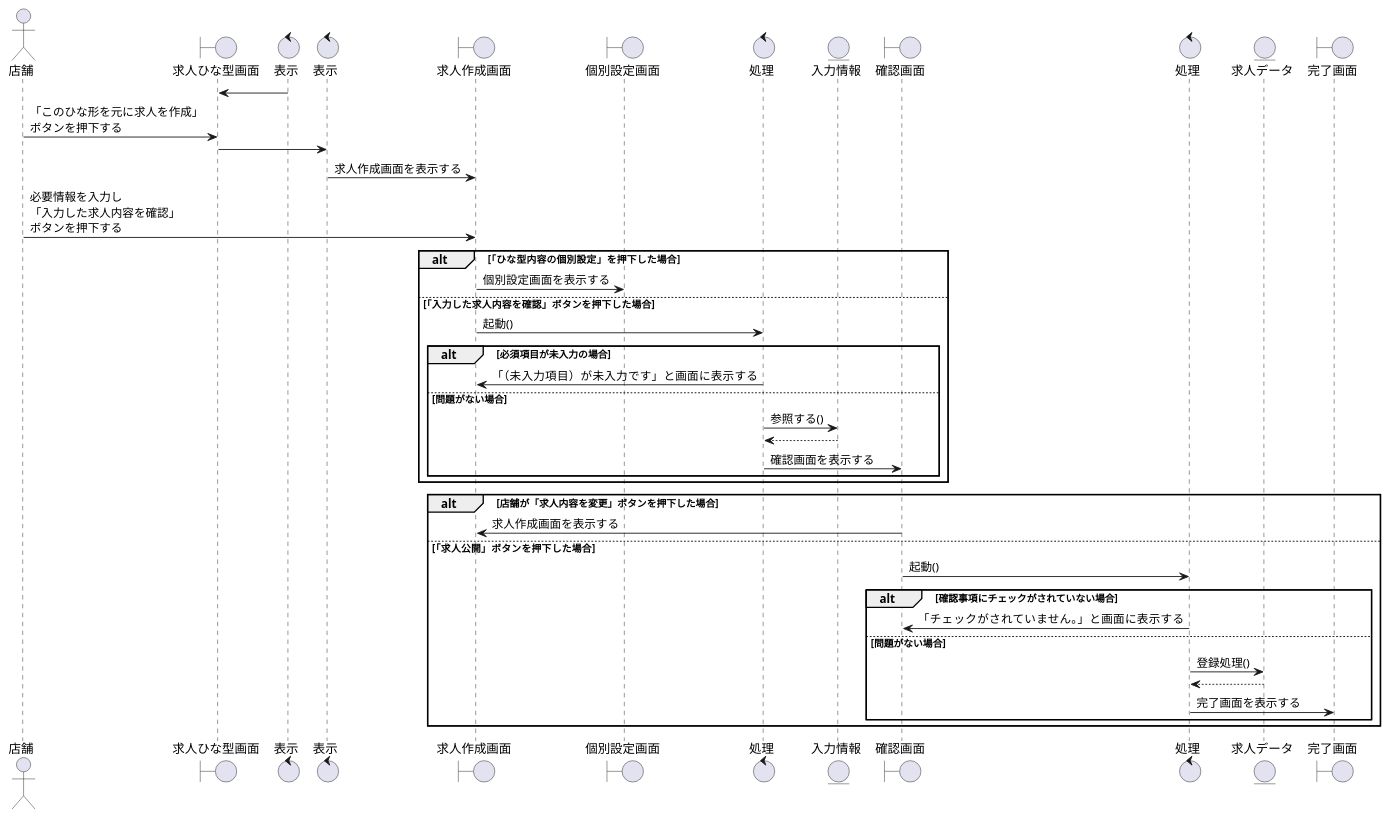
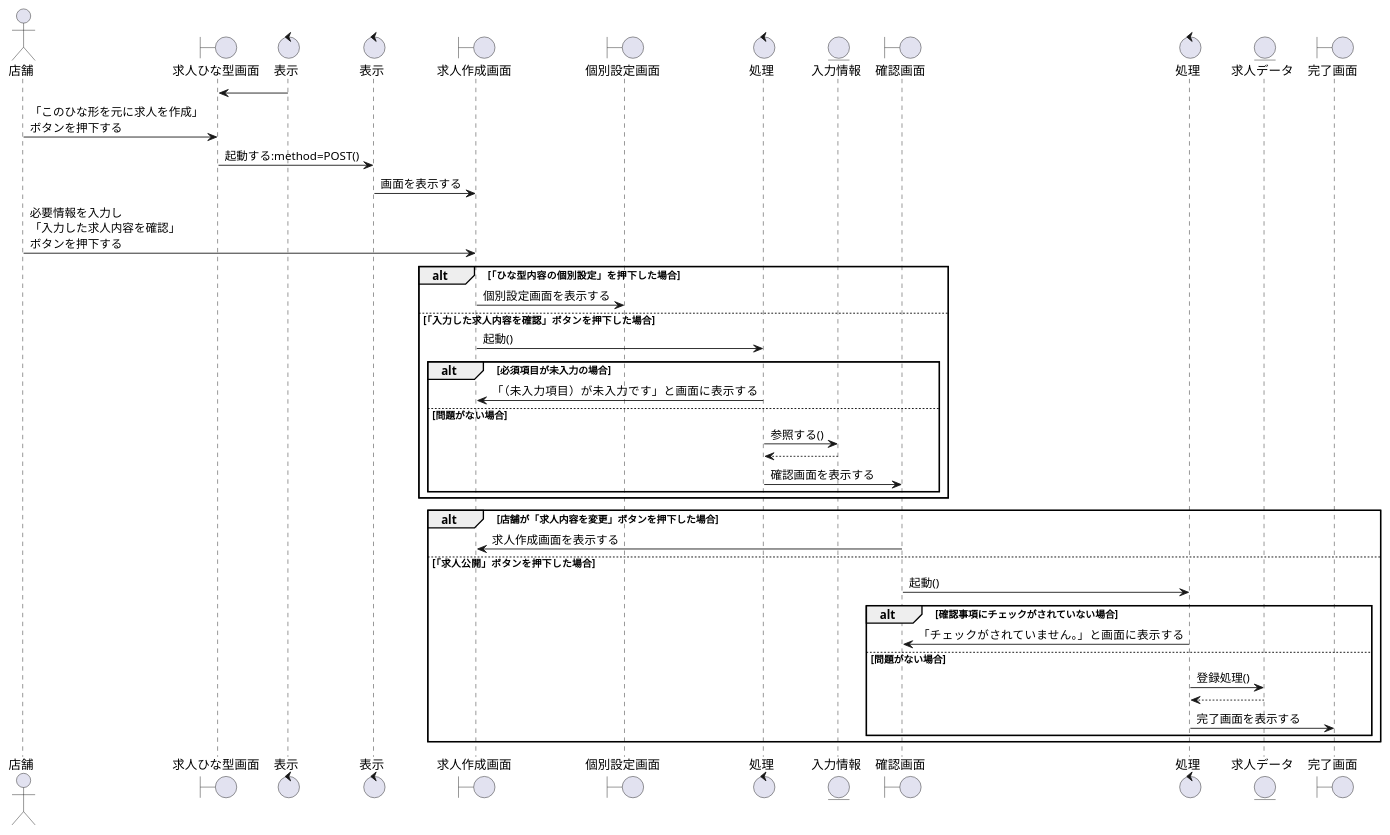
Before and after one commit to irukacb256/high_Me: the diagram in sequence_fig/8_storeside_fn/01_求人の掲載をする.pu, drawn with PlantUML. The commit also changed 11 other files, not shown here.

```diff
--- a/sequence_fig/8_storeside_fn/01_求人の掲載をする.pu
+++ b/sequence_fig/8_storeside_fn/01_求人の掲載をする.pu
@@ -1,52 +1,53 @@
 @startuml 求人の掲載をする
 
 actor 店舗 as cp1
 boundary 求人ひな型画面 as b1
 control 表示 as co1
 control 表示 as co2
 boundary 求人作成画面 as b2
 boundary 個別設定画面 as b3
 control 処理 as co3
-entity 入力情報 as e1
+entity 入力情報 as en1
 boundary 確認画面 as b4
 control 処理 as co4
-entity 求人データ as e2
+entity 求人データ as en2
 boundary 完了画面 as b5
-
 
 b1   <- co1
 cp1  -> b1 :「このひな形を元に求人を作成」\nボタンを押下する
-b1   -> co2 :
-b2   <- co2 :求人作成画面を表示する
+b1   -> co2 :起動する:method=POST()
+b2   <- co2 :画面を表示する
 cp1  -> b2 :必要情報を入力し\n「入力した求人内容を確認」\nボタンを押下する
-    alt 「ひな型内容の個別設定」を押下した場合
-    b2 -> b3 :個別設定画面を表示する
-    else 「入力した求人内容を確認」ボタンを押下した場合
-    b2   -> co3 :起動()
 
-        alt 必須項目が未入力の場合
-        b2  <- co3 :「（未入力項目）が未入力です」と画面に表示する
-        else 問題がない場合
-        co3  -> e1 :参照する()
-        co3 <-- e1
-        co3 -> b4 :確認画面を表示する
-        end
+alt 「ひな型内容の個別設定」を押下した場合
+b2 -> b3 :個別設定画面を表示する
+else 「入力した求人内容を確認」ボタンを押下した場合
+b2   -> co3 :起動()
+
+    alt 必須項目が未入力の場合
+    b2  <- co3 :「（未入力項目）が未入力です」と画面に表示する
+    else 問題がない場合
+    co3  -> en1 :参照する()
+    co3 <-- en1
+    co3 -> b4 :確認画面を表示する
     end
+end
 
+alt 店舗が「求人内容を変更」ボタンを押下した場合
+b2  <- b4 :求人作成画面を表示する
 
-    alt 店舗が「求人内容を変更」ボタンを押下した場合
-    b2  <- b4 :求人作成画面を表示する
+else 「求人公開」ボタンを押下した場合
+b4  -> co4 :起動()
 
-    else 「求人公開」ボタンを押下した場合
-    b4  -> co4 :起動()
-        alt 確認事項にチェックがされていない場合
-        b4   <- co4 :「チェックがされていません。」と画面に表示する
-        else 問題がない場合
-        co4  -> e2 :登録処理()
-        co4 <-- e2
-        co4   -> b5  :完了画面を表示する  
+    alt 確認事項にチェックがされていない場合
+    b4   <- co4 :「チェックがされていません。」と画面に表示する
+
+    else 問題がない場合
+    co4  -> en2 :登録処理()
+    co4 <-- en2
+    co4   -> b5  :完了画面を表示する  
 
     end
 end
 
 @enduml
```
